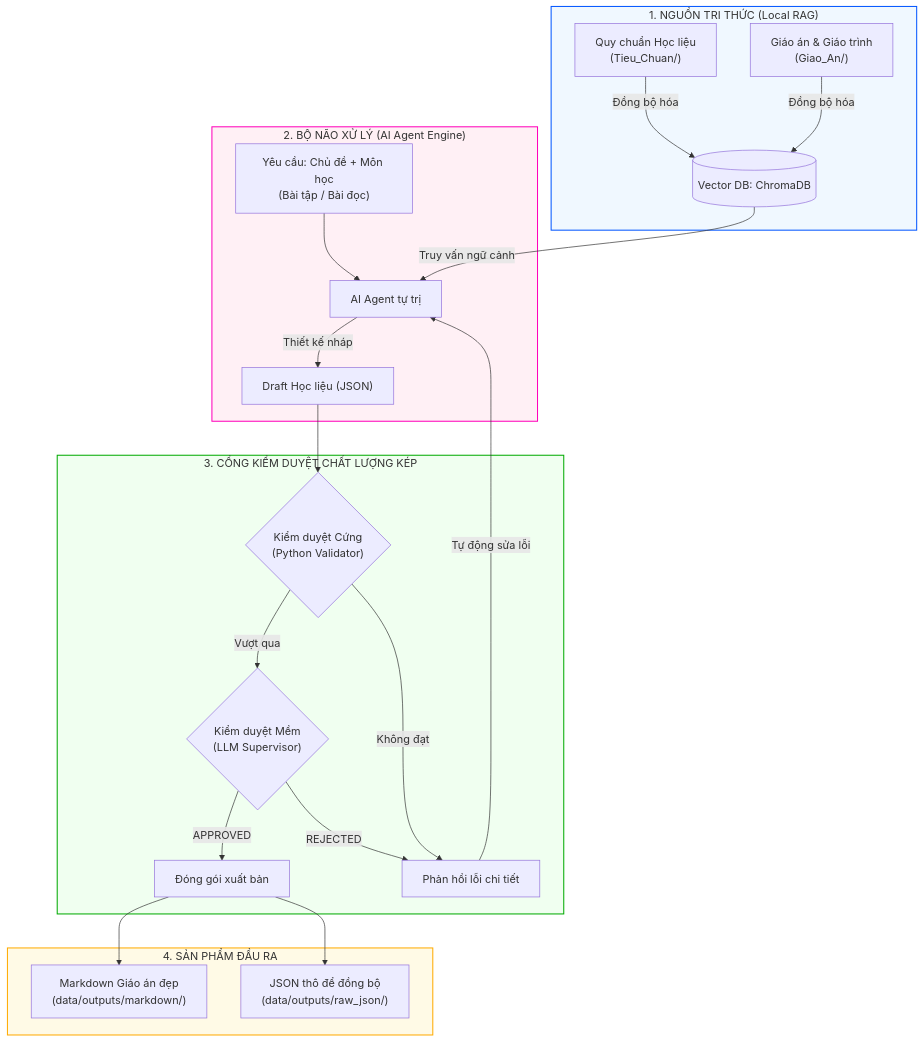
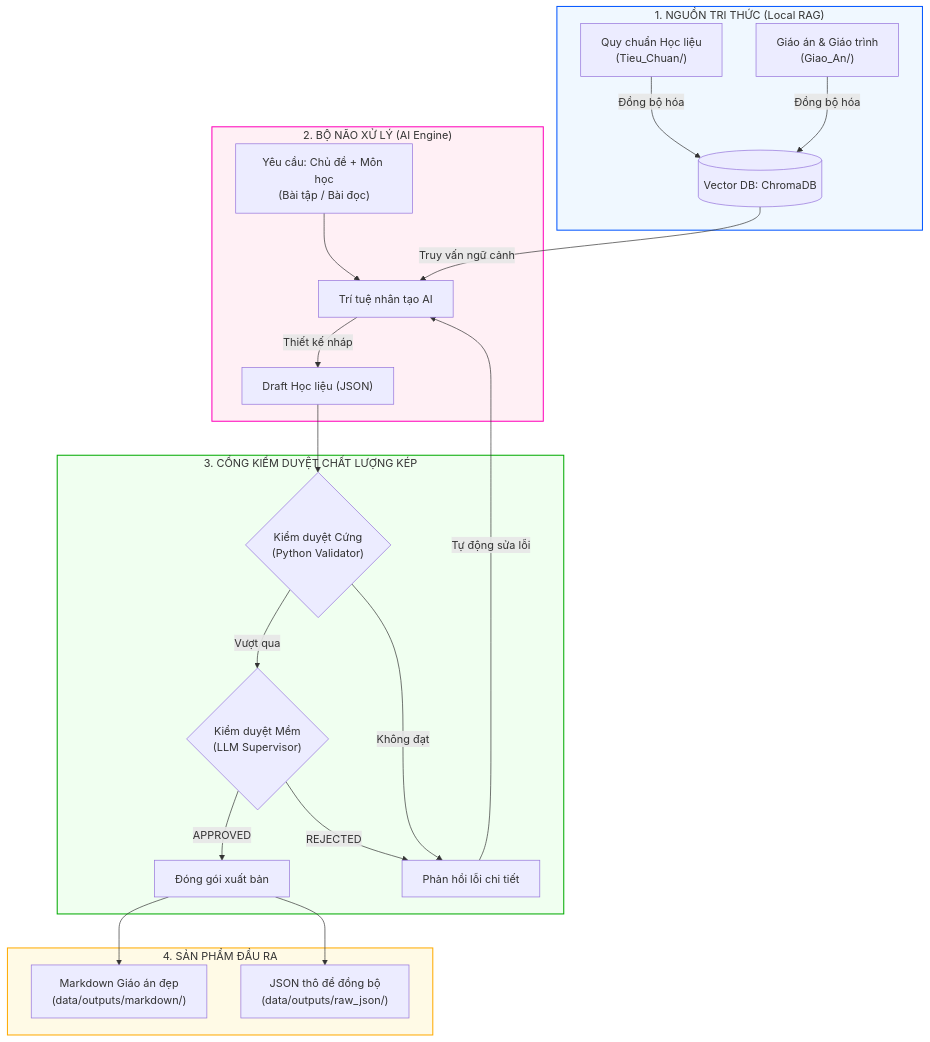
Before and after one commit to Nguyenluu2805/AI_Agent: the diagram in README.md, drawn with Mermaid. The commit also changed other lines of this file and 3 other files, not shown here.

````diff
--- a/README.md
+++ b/README.md
@@ -28,39 +28,39 @@
 ```mermaid
 flowchart TB
     %% Subgraph 1: Tri thức nguồn
     subgraph RAG_Source["1. NGUỒN TRI THỨC (Local RAG)"]
         TC["Quy chuẩn Học liệu\n(Tieu_Chuan/)"]
         GA["Giáo án & Giáo trình\n(Giao_An/)"]
         TC & GA --> |Đồng bộ hóa| DB[(Vector DB: ChromaDB)]
     end
 
     %% Subgraph 2: Khối xử lý trung tâm
-    subgraph Agent_Core["2. BỘ NÃO XỬ LÝ (AI Agent Engine)"]
-        Req["Yêu cầu: Chủ đề + Môn học\n(Bài tập / Bài đọc)"] --> Agent["AI Agent tự trị"]
+    subgraph Agent_Core["2. BỘ NÃO XỬ LÝ (AI Engine)"]
+        Req["Yêu cầu: Chủ đề + Môn học\n(Bài tập / Bài đọc)"] --> Agent["Trí tuệ nhân tạo AI"]
         DB --> |Truy vấn ngữ cảnh| Agent
         Agent --> |Thiết kế nháp| Draft["Draft Học liệu (JSON)"]
     end
 
     %% Subgraph 3: Kiểm duyệt kép
     subgraph Quality_Gate["3. CỔNG KIỂM DUYỆT CHẤT LƯỢNG KÉP"]
         Draft --> Gate1{"Kiểm duyệt Cứng\n(Python Validator)"}
         Gate1 --> |Vượt qua| Gate2{"Kiểm duyệt Mềm\n(LLM Supervisor)"}
         Gate2 --> | APPROVED | Publish["Đóng gói xuất bản"]
         
         %% Luồng tự sửa sai
         Gate1 --> |Không đạt| Feedback["Phản hồi lỗi chi tiết"]
         Gate2 --> | REJECTED | Feedback
         Feedback --> |Tự động sửa lỗi| Agent
     end
 
     %% Subgraph 4: Thành phẩm
     subgraph Deliverables["4. SẢN PHẨM ĐẦU RA"]
         Publish --> MD["Markdown Giáo án đẹp\n(data/outputs/markdown/)"]
         Publish --> JSON["JSON thô để đồng bộ\n(data/outputs/raw_json/)"]
     end
 
     style RAG_Source fill:#f0f8ff,stroke:#0055ff,stroke-width:1.5px
     style Agent_Core fill:#fff0f5,stroke:#ff00bb,stroke-width:1.5px
     style Quality_Gate fill:#f0fff0,stroke:#00aa00,stroke-width:1.5px
     style Deliverables fill:#fffae6,stroke:#ffaa00,stroke-width:1.5px
 ```
````
